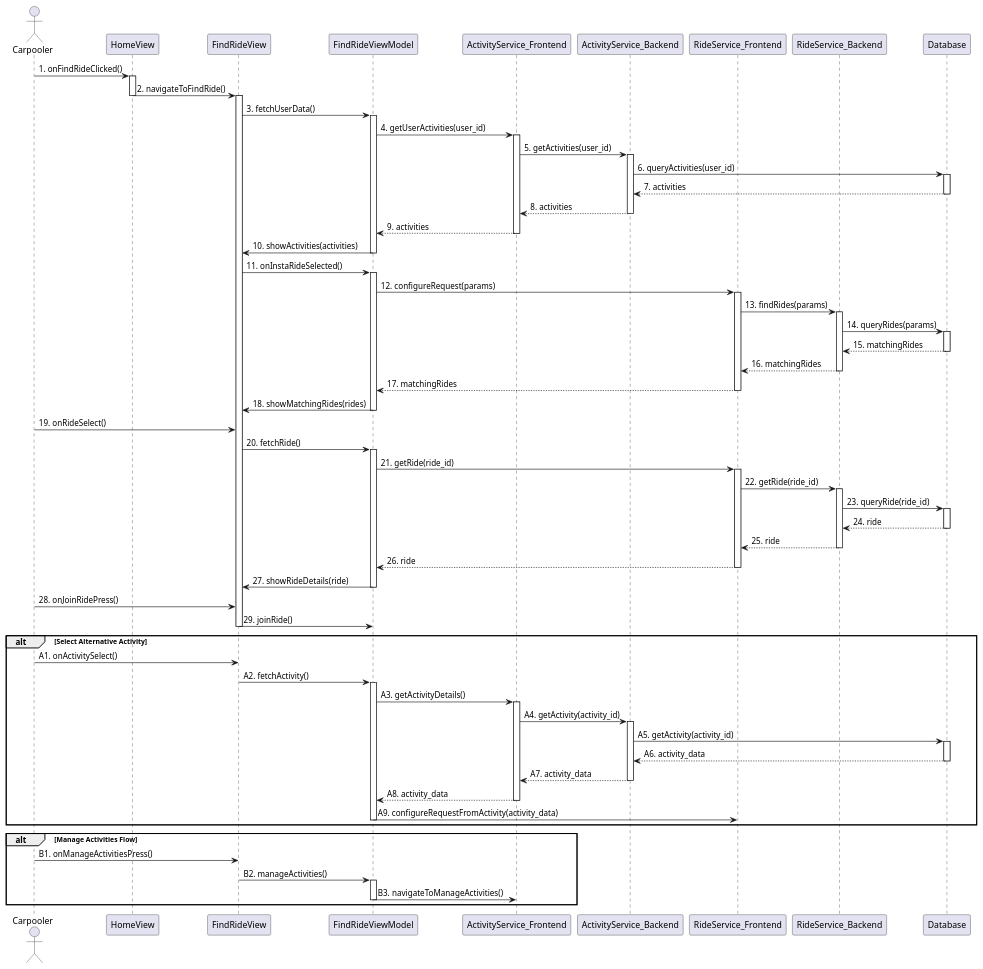
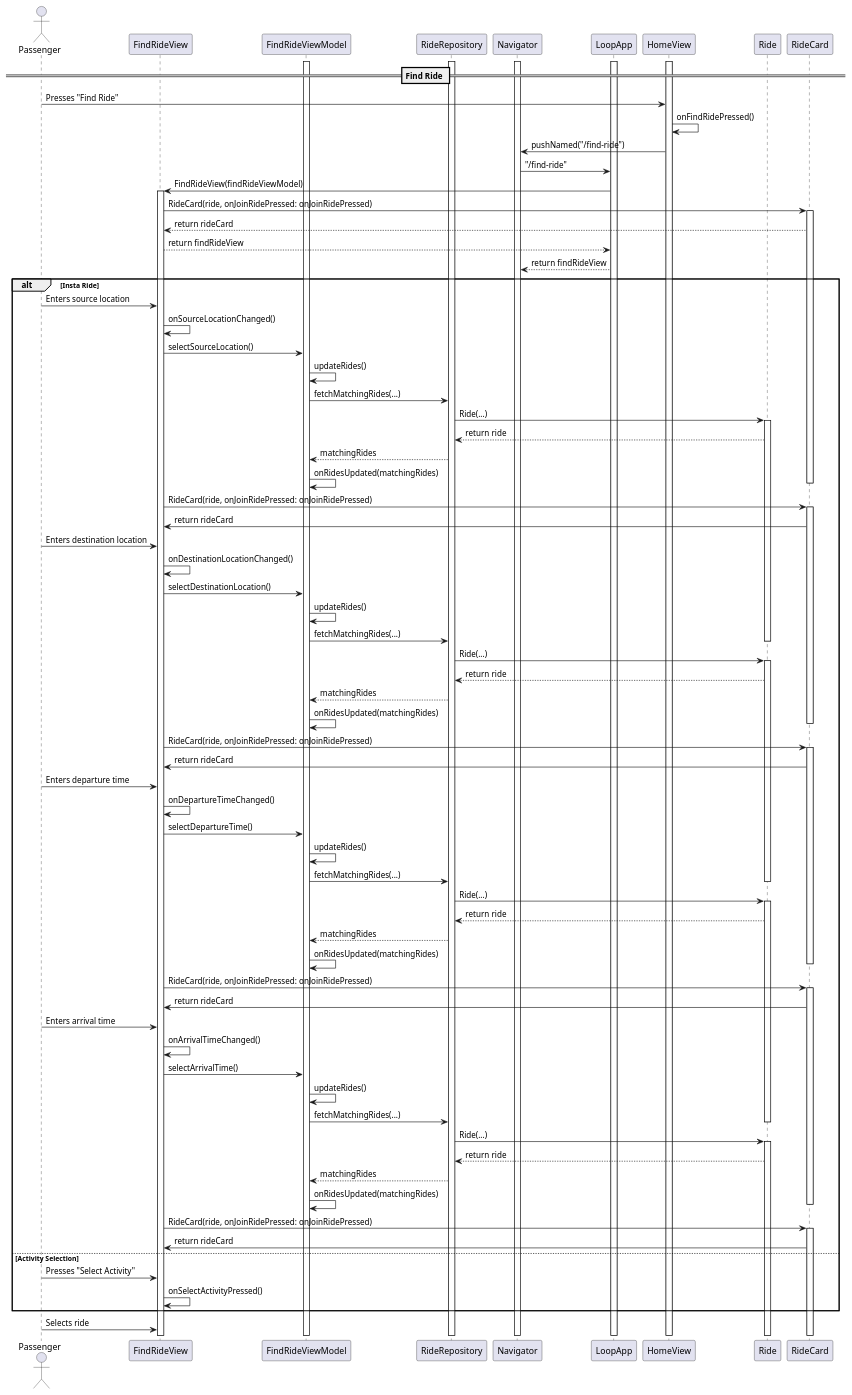
One commit to YannisRavasopoulos/ProjectSD_S6 changed the diagram in reports/sequence/find-ride.plantuml. Above: the diagram before and after it, drawn with PlantUML. The commit also changed 2 other files, not shown here.

Commit message:
Find ride progress

```diff
--- a/reports/sequence/find-ride.plantuml
+++ b/reports/sequence/find-ride.plantuml
@@ -1,127 +1,239 @@
 @startuml
-actor Carpooler
-participant "HomeView" as HomeView
-participant "FindRideView" as FindRideView
-participant "FindRideViewModel" as VM
-participant "ActivityService_Frontend" as ActSrv_F
-participant "ActivityService_Backend" as ActSrv_B
-participant "RideService_Frontend" as RideSrv_F
-participant "RideService_Backend" as RideSrv_B
-participant "Database" as DB
 
-Carpooler -> HomeView: 1. onFindRideClicked()
+actor Passenger
+
+participant FindRideView
+participant FindRideViewModel
+participant RideRepository
+participant Navigator
+participant LoopApp
+participant HomeView
+participant Ride
+participant RideCard
+
+activate LoopApp
+activate FindRideViewModel
+activate RideRepository
+activate Navigator
 activate HomeView
-HomeView -> FindRideView: 2. navigateToFindRide()
-deactivate HomeView
+
+== Find Ride ==
+Passenger -> HomeView: Presses "Find Ride"
+HomeView -> HomeView: onFindRidePressed()
+HomeView -> Navigator: pushNamed("/find-ride")
+Navigator -> LoopApp: "/find-ride"
+LoopApp -> FindRideView: FindRideView(findRideViewModel)
 activate FindRideView
-FindRideView -> VM: 3. fetchUserData()
-activate VM
+FindRideView -> RideCard: RideCard(ride, onJoinRidePressed: onJoinRidePressed)
+activate RideCard
+RideCard --> FindRideView: return rideCard
+FindRideView --> LoopApp: return findRideView
+LoopApp --> Navigator: return findRideView
 
-box "Main Course of Events"
-  VM -> ActSrv_F: 4. getUserActivities(user_id)
-  activate ActSrv_F
+alt Insta Ride
+Passenger -> FindRideView: Enters source location
+FindRideView -> FindRideView: onSourceLocationChanged()
+FindRideView -> FindRideViewModel: selectSourceLocation()
+FindRideViewModel -> FindRideViewModel: updateRides()
+FindRideViewModel -> RideRepository: fetchMatchingRides(...)
+RideRepository -> Ride: Ride(...)
+activate Ride
+Ride --> RideRepository: return ride
+RideRepository --> FindRideViewModel: matchingRides
+FindRideViewModel -> FindRideViewModel: onRidesUpdated(matchingRides)
+deactivate RideCard
+FindRideView -> RideCard: RideCard(ride, onJoinRidePressed: onJoinRidePressed)
+activate RideCard
+RideCard -> FindRideView: return rideCard
 
-  ActSrv_F -> ActSrv_B: 5. getActivities(user_id)
-  activate ActSrv_B
-  ActSrv_B -> DB: 6. queryActivities(user_id)
-  activate DB
-  DB --> ActSrv_B: 7. activities
-  deactivate DB
-  ActSrv_B --> ActSrv_F: 8. activities
-  deactivate ActSrv_B
+Passenger -> FindRideView: Enters destination location
+FindRideView -> FindRideView: onDestinationLocationChanged()
+FindRideView -> FindRideViewModel: selectDestinationLocation()
+FindRideViewModel -> FindRideViewModel: updateRides()
+FindRideViewModel -> RideRepository: fetchMatchingRides(...)
+deactivate Ride
+RideRepository -> Ride: Ride(...)
+activate Ride
+Ride --> RideRepository: return ride
+RideRepository --> FindRideViewModel: matchingRides
+FindRideViewModel -> FindRideViewModel: onRidesUpdated(matchingRides)
+deactivate RideCard
+FindRideView -> RideCard: RideCard(ride, onJoinRidePressed: onJoinRidePressed)
+activate RideCard
+RideCard -> FindRideView: return rideCard
 
-  ActSrv_F --> VM: 9. activities
-  deactivate ActSrv_F
+Passenger -> FindRideView: Enters departure time
+FindRideView -> FindRideView: onDepartureTimeChanged()
+FindRideView -> FindRideViewModel: selectDepartureTime()
+FindRideViewModel -> FindRideViewModel: updateRides()
+FindRideViewModel -> RideRepository: fetchMatchingRides(...)
+deactivate Ride
+RideRepository -> Ride: Ride(...)
+activate Ride
+Ride --> RideRepository: return ride
+RideRepository --> FindRideViewModel: matchingRides
+FindRideViewModel -> FindRideViewModel: onRidesUpdated(matchingRides)
+deactivate RideCard
+FindRideView -> RideCard: RideCard(ride, onJoinRidePressed: onJoinRidePressed)
+activate RideCard
+RideCard -> FindRideView: return rideCard
 
-  VM -> FindRideView: 10. showActivities(activities)
-  deactivate VM
-end box
+Passenger -> FindRideView: Enters arrival time
+FindRideView -> FindRideView: onArrivalTimeChanged()
+FindRideView -> FindRideViewModel: selectArrivalTime()
+FindRideViewModel -> FindRideViewModel: updateRides()
+FindRideViewModel -> RideRepository: fetchMatchingRides(...)
+deactivate Ride
+RideRepository -> Ride: Ride(...)
+activate Ride
+Ride --> RideRepository: return ride
+RideRepository --> FindRideViewModel: matchingRides
+FindRideViewModel -> FindRideViewModel: onRidesUpdated(matchingRides)
+deactivate RideCard
+FindRideView -> RideCard: RideCard(ride, onJoinRidePressed: onJoinRidePressed)
+activate RideCard
+RideCard -> FindRideView: return rideCard
 
-box "Main Course (Insta‑Ride Selection → Show Matches)"
-  FindRideView -> VM: 11. onInstaRideSelected()
-  activate VM
-
-  VM -> RideSrv_F: 12. configureRequest(params)
-  activate RideSrv_F
-
-  RideSrv_F -> RideSrv_B: 13. findRides(params)
-  activate RideSrv_B
-  RideSrv_B -> DB: 14. queryRides(params)
-  activate DB
-  DB --> RideSrv_B: 15. matchingRides
-  deactivate DB
-  RideSrv_B --> RideSrv_F: 16. matchingRides
-  deactivate RideSrv_B
-
-  RideSrv_F --> VM: 17. matchingRides
-  deactivate RideSrv_F
-
-  VM -> FindRideView: 18. showMatchingRides(rides)
-  deactivate VM
-end box
-
-box "Main Course (Ride Details → Join)"
-  Carpooler -> FindRideView: 19. onRideSelect()
-  FindRideView -> VM: 20. fetchRide()
-  activate VM
-  VM -> RideSrv_F: 21. getRide(ride_id)
-  activate RideSrv_F
-
-  RideSrv_F -> RideSrv_B: 22. getRide(ride_id)
-  activate RideSrv_B
-  RideSrv_B -> DB: 23. queryRide(ride_id)
-  activate DB
-  DB --> RideSrv_B: 24. ride
-  deactivate DB
-  RideSrv_B --> RideSrv_F: 25. ride
-  deactivate RideSrv_B
-
-  RideSrv_F --> VM: 26. ride
-  deactivate RideSrv_F
-  VM -> FindRideView: 27. showRideDetails(ride)
-  deactivate VM
-
-  Carpooler -> FindRideView: 28. onJoinRidePress()
-  FindRideView -> VM: 29. joinRide()
-  deactivate FindRideView
-end box
-
-alt Select Alternative Activity
-  box "Alternative: Choose Activity"
-    Carpooler -> FindRideView: A1. onActivitySelect()
-    FindRideView -> VM: A2. fetchActivity()
-    activate VM
-    
-    VM -> ActSrv_F: A3. getActivityDetails()
-    activate ActSrv_F
-    
-    ActSrv_F -> ActSrv_B: A4. getActivity(activity_id)
-    activate ActSrv_B
-    
-    ActSrv_B -> DB: A5. getActivity(activity_id)
-    activate DB
-    DB --> ActSrv_B: A6. activity_data
-    deactivate DB
-    
-    ActSrv_B --> ActSrv_F: A7. activity_data
-    deactivate ActSrv_B
-    
-    ActSrv_F --> VM: A8. activity_data
-    deactivate ActSrv_F
-    
-    VM -> RideSrv_F: A9. configureRequestFromActivity(activity_data)
-    deactivate VM
-  end box
+else Activity Selection
+Passenger -> FindRideView: Presses "Select Activity"
+FindRideView -> FindRideView: onSelectActivityPressed()
+' TODO
 end
 
-alt Manage Activities Flow
-  box "Alternative: Manage Activities"
-    Carpooler -> FindRideView: B1. onManageActivitiesPress()
-    FindRideView -> VM: B2. manageActivities()
-    activate VM
-    VM -> ActSrv_F: B3. navigateToManageActivities()
-    deactivate VM
-  end box
-end
+Passenger -> FindRideView: Selects ride
+
+
+
+' Passenger -> FindRideView: Presses "Find Ride"
+' FindRideView -> FindRideView: onFindRidePressed()
+' FindRideView -> FindRideViewModel: fetchRides()
+' FindRideViewModel -> RideRepository: getAvailableRides()
+
+
+
+' actor Passenger
+' participant "HomeView" as HomeView
+' participant "FindRideView" as FindRideView
+' participant "FindRideViewModel" as VM
+' participant "ActivityService_Frontend" as ActSrv_F
+' participant "ActivityService_Backend" as ActSrv_B
+' participant "RideService_Frontend" as RideSrv_F
+' participant "RideService_Backend" as RideSrv_B
+' participant "Database" as DB
+
+' Passenger -> HomeView: 1. onFindRideClicked()
+' activate HomeView
+' HomeView -> FindRideView: 2. navigateToFindRide()
+' deactivate HomeView
+' activate FindRideView
+' FindRideView -> VM: 3. fetchUserData()
+' activate VM
+
+' box "Main Course of Events"
+'   VM -> ActSrv_F: 4. getUserActivities(user_id)
+'   activate ActSrv_F
+
+'   ActSrv_F -> ActSrv_B: 5. getActivities(user_id)
+'   activate ActSrv_B
+'   ActSrv_B -> DB: 6. queryActivities(user_id)
+'   activate DB
+'   DB --> ActSrv_B: 7. activities
+'   deactivate DB
+'   ActSrv_B --> ActSrv_F: 8. activities
+'   deactivate ActSrv_B
+
+'   ActSrv_F --> VM: 9. activities
+'   deactivate ActSrv_F
+
+'   VM -> FindRideView: 10. showActivities(activities)
+'   deactivate VM
+' end box
+
+' box "Main Course (Insta‑Ride Selection → Show Matches)"
+'   FindRideView -> VM: 11. onInstaRideSelected()
+'   activate VM
+
+'   VM -> RideSrv_F: 12. configureRequest(params)
+'   activate RideSrv_F
+
+'   RideSrv_F -> RideSrv_B: 13. findRides(params)
+'   activate RideSrv_B
+'   RideSrv_B -> DB: 14. queryRides(params)
+'   activate DB
+'   DB --> RideSrv_B: 15. matchingRides
+'   deactivate DB
+'   RideSrv_B --> RideSrv_F: 16. matchingRides
+'   deactivate RideSrv_B
+
+'   RideSrv_F --> VM: 17. matchingRides
+'   deactivate RideSrv_F
+
+'   VM -> FindRideView: 18. showMatchingRides(rides)
+'   deactivate VM
+' end box
+
+' box "Main Course (Ride Details → Join)"
+'   Passenger -> FindRideView: 19. onRideSelect()
+'   FindRideView -> VM: 20. fetchRide()
+'   activate VM
+'   VM -> RideSrv_F: 21. getRide(ride_id)
+'   activate RideSrv_F
+
+'   RideSrv_F -> RideSrv_B: 22. getRide(ride_id)
+'   activate RideSrv_B
+'   RideSrv_B -> DB: 23. queryRide(ride_id)
+'   activate DB
+'   DB --> RideSrv_B: 24. ride
+'   deactivate DB
+'   RideSrv_B --> RideSrv_F: 25. ride
+'   deactivate RideSrv_B
+
+'   RideSrv_F --> VM: 26. ride
+'   deactivate RideSrv_F
+'   VM -> FindRideView: 27. showRideDetails(ride)
+'   deactivate VM
+
+'   Passenger -> FindRideView: 28. onJoinRidePress()
+'   FindRideView -> VM: 29. joinRide()
+'   deactivate FindRideView
+' end box
+
+' alt Select Alternative Activity
+'   box "Alternative: Choose Activity"
+'     Passenger -> FindRideView: A1. onActivitySelect()
+'     FindRideView -> VM: A2. fetchActivity()
+'     activate VM
+
+'     VM -> ActSrv_F: A3. getActivityDetails()
+'     activate ActSrv_F
+
+'     ActSrv_F -> ActSrv_B: A4. getActivity(activity_id)
+'     activate ActSrv_B
+
+'     ActSrv_B -> DB: A5. getActivity(activity_id)
+'     activate DB
+'     DB --> ActSrv_B: A6. activity_data
+'     deactivate DB
+
+'     ActSrv_B --> ActSrv_F: A7. activity_data
+'     deactivate ActSrv_B
+
+'     ActSrv_F --> VM: A8. activity_data
+'     deactivate ActSrv_F
+
+'     VM -> RideSrv_F: A9. configureRequestFromActivity(activity_data)
+'     deactivate VM
+'   end box
+' end
+
+' alt Manage Activities Flow
+'   box "Alternative: Manage Activities"
+'     Passenger -> FindRideView: B1. onManageActivitiesPress()
+'     FindRideView -> VM: B2. manageActivities()
+'     activate VM
+'     VM -> ActSrv_F: B3. navigateToManageActivities()
+'     deactivate VM
+'   end box
+' end
 
 @enduml
```
